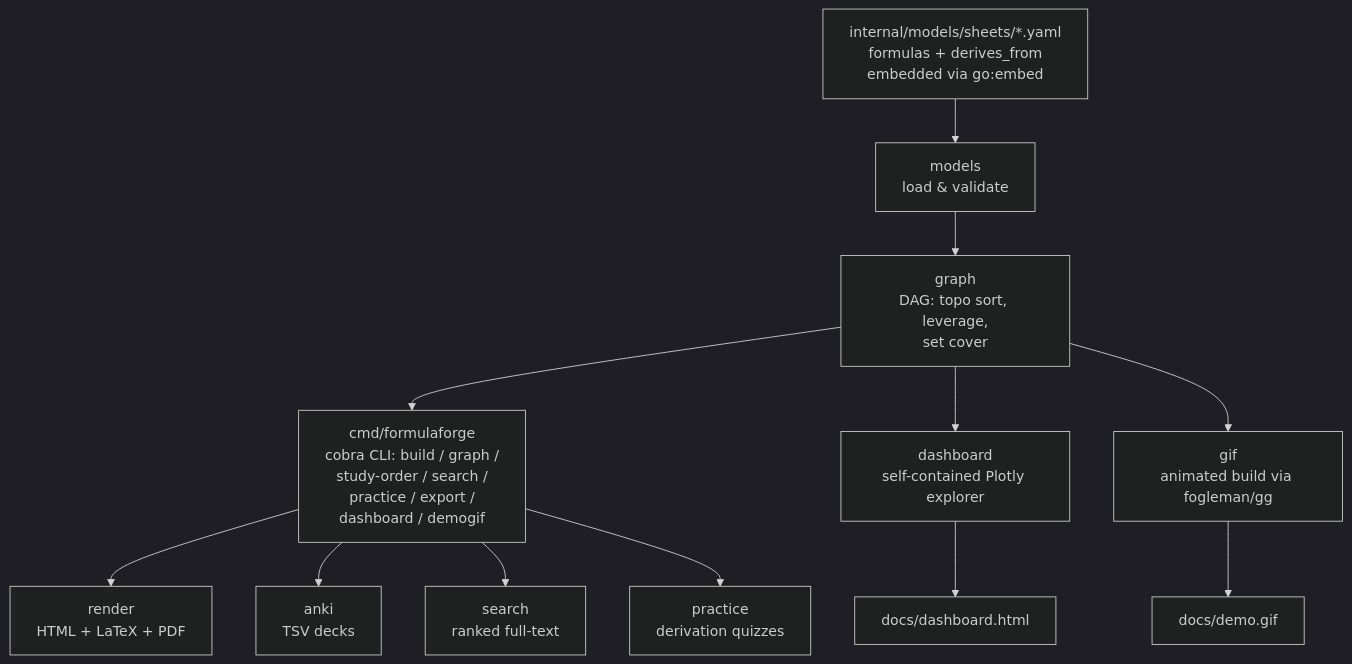
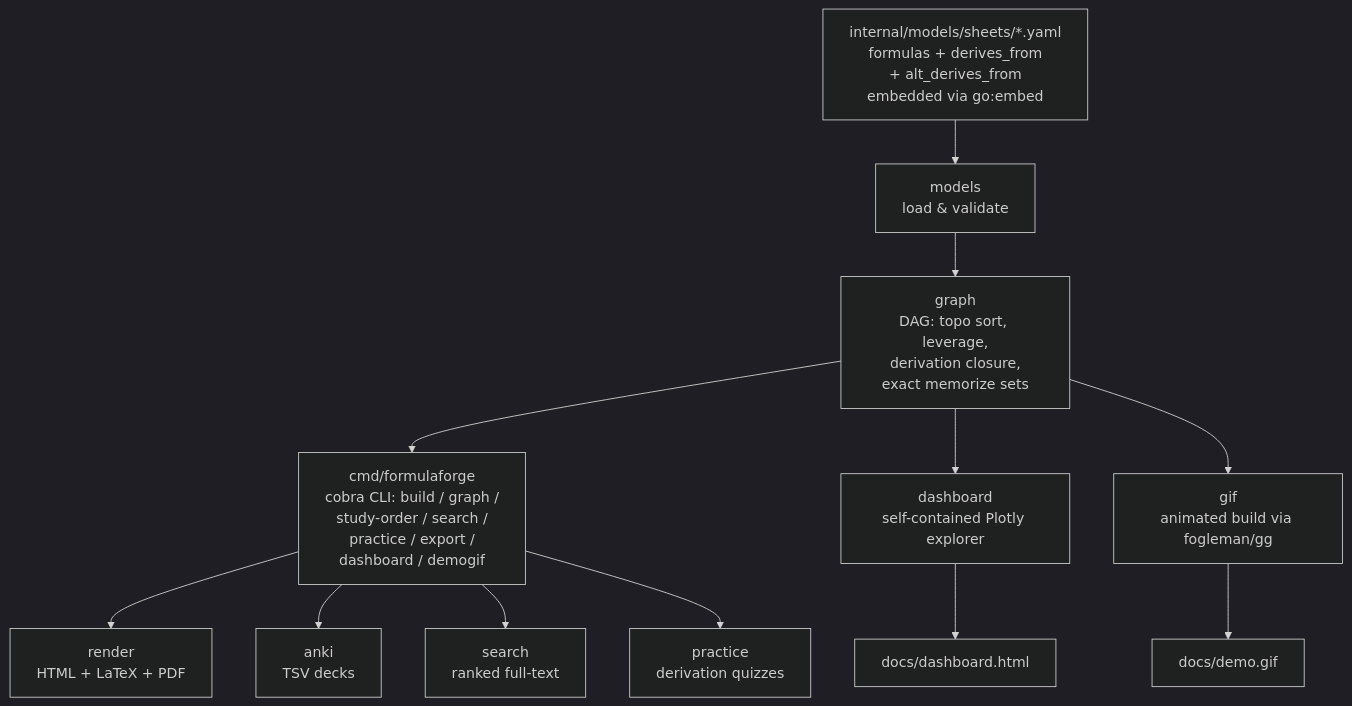
The diagram in README.md (FaiyazEnayet/formulaforge), drawn with Mermaid (dark theme) before and after one commit. The commit also changed other lines of this file and 7 other files, not shown here.

Commit message:
Fix minimum-memorize set to use conjunctive derivation semantics

````diff
--- a/README.md
+++ b/README.md
@@ -100,14 +100,14 @@
 ```mermaid
 graph TD
-    A[internal/models/sheets/*.yaml<br/>formulas + derives_from<br/>embedded via go:embed] --> B[models<br/>load & validate]
-    B --> C[graph<br/>DAG: topo sort, leverage,<br/>set cover]
+    A[internal/models/sheets/*.yaml<br/>formulas + derives_from<br/>+ alt_derives_from<br/>embedded via go:embed] --> B[models<br/>load & validate]
+    B --> C[graph<br/>DAG: topo sort, leverage,<br/>derivation closure,<br/>exact memorize sets]
     C --> D[cmd/formulaforge<br/>cobra CLI: build / graph /<br/>study-order / search /<br/>practice / export /<br/>dashboard / demogif]
     D --> E[render<br/>HTML + LaTeX + PDF]
     D --> F[anki<br/>TSV decks]
     D --> G[search<br/>ranked full-text]
     D --> H[practice<br/>derivation quizzes]
     C --> I[dashboard<br/>self-contained Plotly explorer]
     C --> J[gif<br/>animated build via fogleman/gg]
     I --> K[docs/dashboard.html]
     J --> L[docs/demo.gif]
 ```
````
